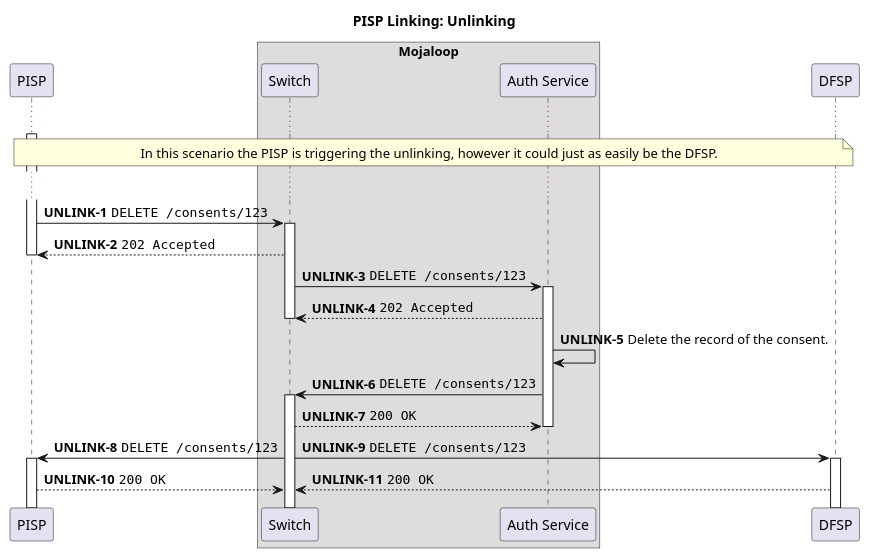
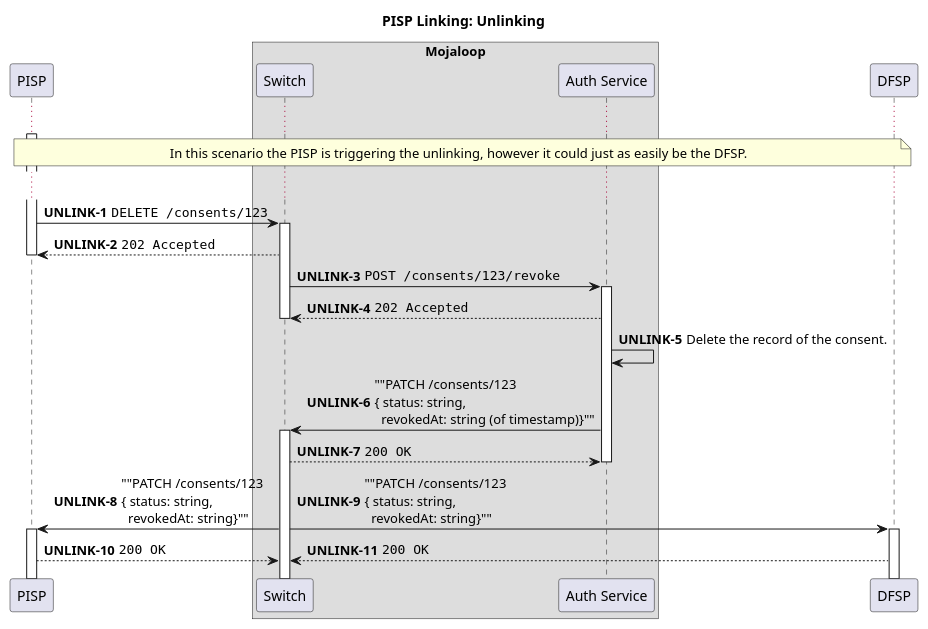
The diagram in docs/linking/unlinking.puml (mojaloop/pisp-project), drawn with PlantUML before and after one commit.

Commit message:
Update Unlinking Flow (#47)
* Update unlinking.puml

Changes reflect the fact that Consent is not being DELETED in Auth-Service but revoked

* Updated based on PISP grooming session

* Update unlinking.puml

* Update unlinking.puml

* Update type for revokedAt

```diff
--- a/docs/linking/unlinking.puml
+++ b/docs/linking/unlinking.puml
@@ -1,51 +1,51 @@
 @startuml
 
 !pragma teoz true
 
 title PISP Linking: Unlinking
 
 participant "PISP" as PISP
 
 box "Mojaloop"
     participant Switch
     participant "Auth Service" as Auth
 end box
 
 participant "DFSP" as DFSP
 
 autonumber 1 "<b>UNLINK-#</b>"
 
 activate PISP
 
 ...
 
 note over PISP, DFSP
   In this scenario the PISP is triggering the unlinking, however it could just as easily be the DFSP.
 end note
 
 ...
 
 PISP -> Switch ++: ""DELETE /consents/123""
 Switch --> PISP: ""202 Accepted""
 deactivate PISP
 
 ' TODO: Do we include the ALS lookup here to figure out which Auth service is
 ' responsible for the given Consent?
 
-Switch -> Auth ++:  ""DELETE /consents/123""
+Switch -> Auth ++:  ""POST /consents/123/revoke""
 Auth --> Switch: ""202 Accepted""
 deactivate Switch
 
 Auth -> Auth: Delete the record of the consent.
 
-Auth -> Switch ++: ""DELETE /consents/123""
+Auth -> Switch ++: ""PATCH /consents/123 \n{ status: string,\n  revokedAt: string (of timestamp)}""
 Switch --> Auth: ""200 OK""
 deactivate Auth
 
-Switch -> PISP ++: ""DELETE /consents/123""
-& Switch -> DFSP ++: ""DELETE /consents/123""
+Switch -> PISP ++: ""PATCH /consents/123 \n{ status: string,\n  revokedAt: string}""
+& Switch -> DFSP ++: ""PATCH /consents/123 \n{ status: string,\n  revokedAt: string}""
 
 PISP --> Switch: ""200 OK""
 & DFSP --> Switch: ""200 OK""
 
 @enduml
```
